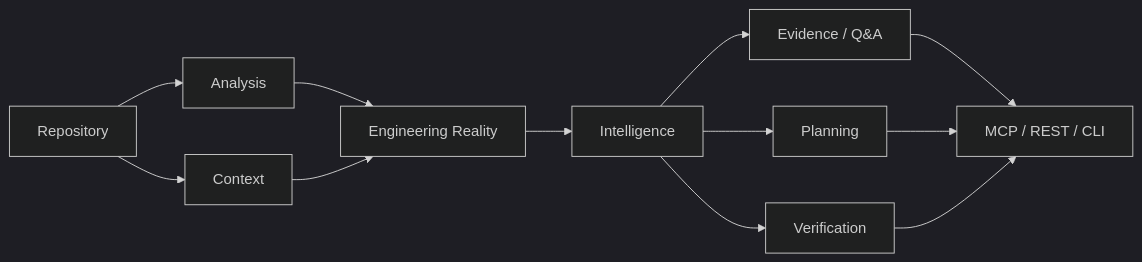
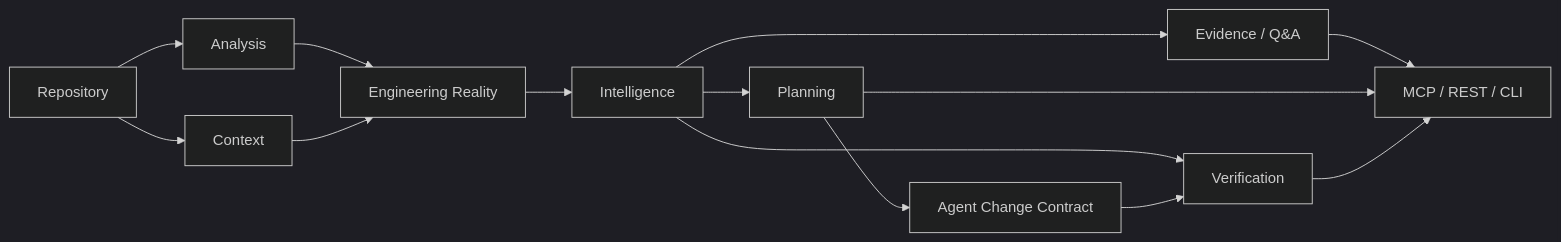
Before and after one commit to sonii-shivansh/CodeContext: the diagram in docs/INDEX.md, drawn with Mermaid (dark theme). The commit also changed other lines of this file and 9 other files, not shown here.

````diff
--- a/docs/INDEX.md
+++ b/docs/INDEX.md
@@ -7,14 +7,16 @@
 ```mermaid
 flowchart LR
     R[Repository] --> A[Analysis]
     R --> C[Context]
     A --> E[Engineering Reality]
     C --> E
     E --> I[Intelligence]
     I --> Q[Evidence / Q&A]
     I --> P[Planning]
     I --> V[Verification]
+    P --> K[Agent Change Contract]
+    K --> V
     Q --> M[MCP / REST / CLI]
     P --> M
     V --> M
 ```
````
